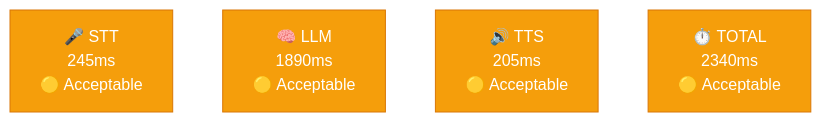
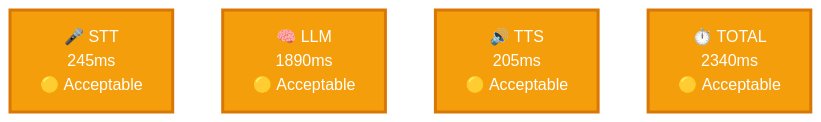
One commit to abdellrahmanv/pluto-voice-assistant changed the third of 22 diagrams in logs/example_performance_report.md. Above: the diagram before and after it, drawn with Mermaid. The commit also changed other lines of this file and 1 other file, not shown here.

````diff
--- a/logs/example_performance_report.md
+++ b/logs/example_performance_report.md
@@ -48,11 +42,11 @@
 ```mermaid
 %%{init: {'theme':'base'}}%%
 graph TD
     STT["🎤 STT<br/>245ms<br/>🟡 Acceptable"]:::warning
     LLM["🧠 LLM<br/>1890ms<br/>🟡 Acceptable"]:::warning
     TTS["🔊 TTS<br/>205ms<br/>🟡 Acceptable"]:::warning
     TOTAL["⏱️ TOTAL<br/>2340ms<br/>🟡 Acceptable"]:::warning
-    classDef excellent fill:#22c55e,stroke:#16a34a,color:#fff
-    classDef warning fill:#f59e0b,stroke:#d97706,color:#fff
-    classDef critical fill:#ef4444,stroke:#dc2626,color:#fff
+    classDef excellent fill:#22c55e,stroke:#16a34a,stroke-width:3px,color:#fff
+    classDef warning fill:#f59e0b,stroke:#d97706,stroke-width:3px,color:#fff
+    classDef critical fill:#ef4444,stroke:#dc2626,stroke-width:3px,color:#fff
 ```
````
